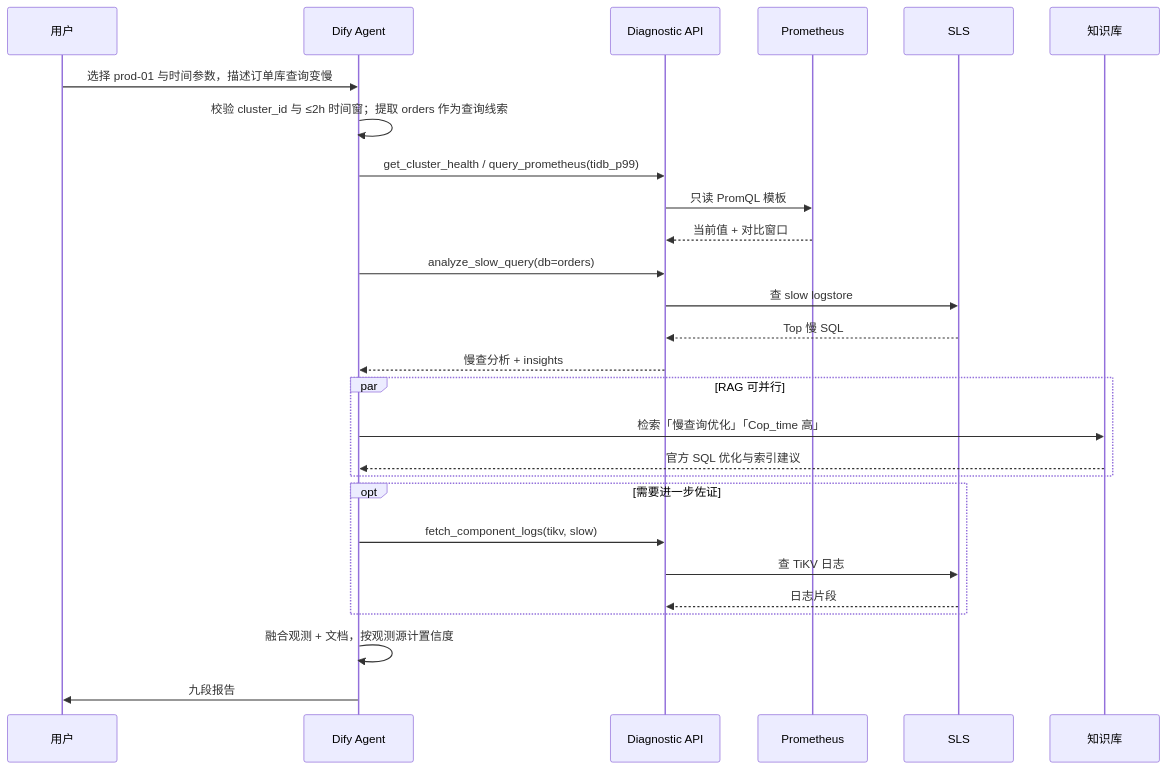
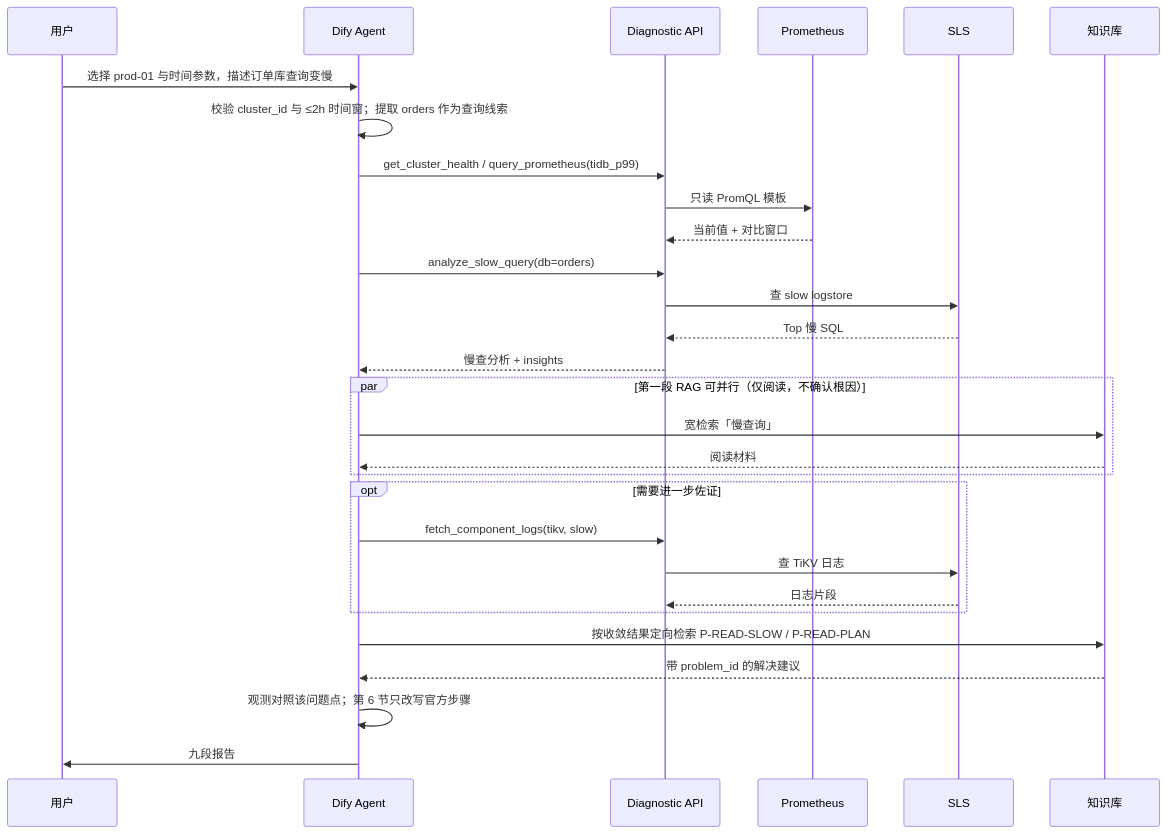
The eighth of 10 diagrams in docs/tidb-diag-agent-technical-design.md (yangzhengjie/tidb-diag), drawn with Mermaid before and after one commit. The commit also changed other lines of this file and 1 other file, not shown here.

First line of the commit message:
docs: 同步官网问题点闭环与 Prompt/RAG 设计

````diff
--- a/docs/tidb-diag-agent-technical-design.md
+++ b/docs/tidb-diag-agent-technical-design.md
@@ -861,30 +950,32 @@
 ```mermaid
 sequenceDiagram
     participant U as 用户
     participant A as Dify Agent
     participant API as Diagnostic API
     participant P as Prometheus
     participant S as SLS
     participant KB as 知识库
 
     U->>A: 选择 prod-01 与时间参数，描述订单库查询变慢
     A->>A: 校验 cluster_id 与 ≤2h 时间窗；提取 orders 作为查询线索
     A->>API: get_cluster_health / query_prometheus(tidb_p99)
     API->>P: 只读 PromQL 模板
     P-->>API: 当前值 + 对比窗口
     A->>API: analyze_slow_query(db=orders)
     API->>S: 查 slow logstore
     S-->>API: Top 慢 SQL
     API-->>A: 慢查分析 + insights
-    par RAG 可并行
-        A->>KB: 检索「慢查询优化」「Cop_time 高」
-        KB-->>A: 官方 SQL 优化与索引建议
+    par 第一段 RAG 可并行（仅阅读，不确认根因）
+        A->>KB: 宽检索「慢查询」
+        KB-->>A: 阅读材料
     end
     opt 需要进一步佐证
         A->>API: fetch_component_logs(tikv, slow)
         API->>S: 查 TiKV 日志
         S-->>API: 日志片段
     end
-    A->>A: 融合观测 + 文档，按观测源计置信度
+    A->>KB: 按收敛结果定向检索 P-READ-SLOW / P-READ-PLAN
+    KB-->>A: 带 problem_id 的解决建议
+    A->>A: 观测对照该问题点；第 6 节只改写官方步骤
     A->>U: 九段报告
 ```
````
